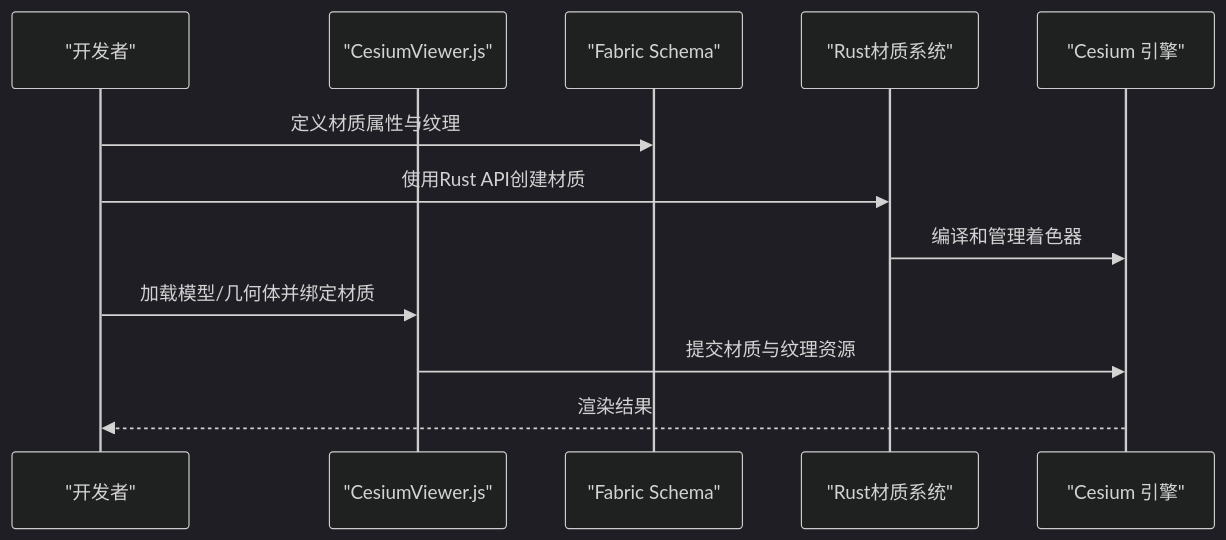
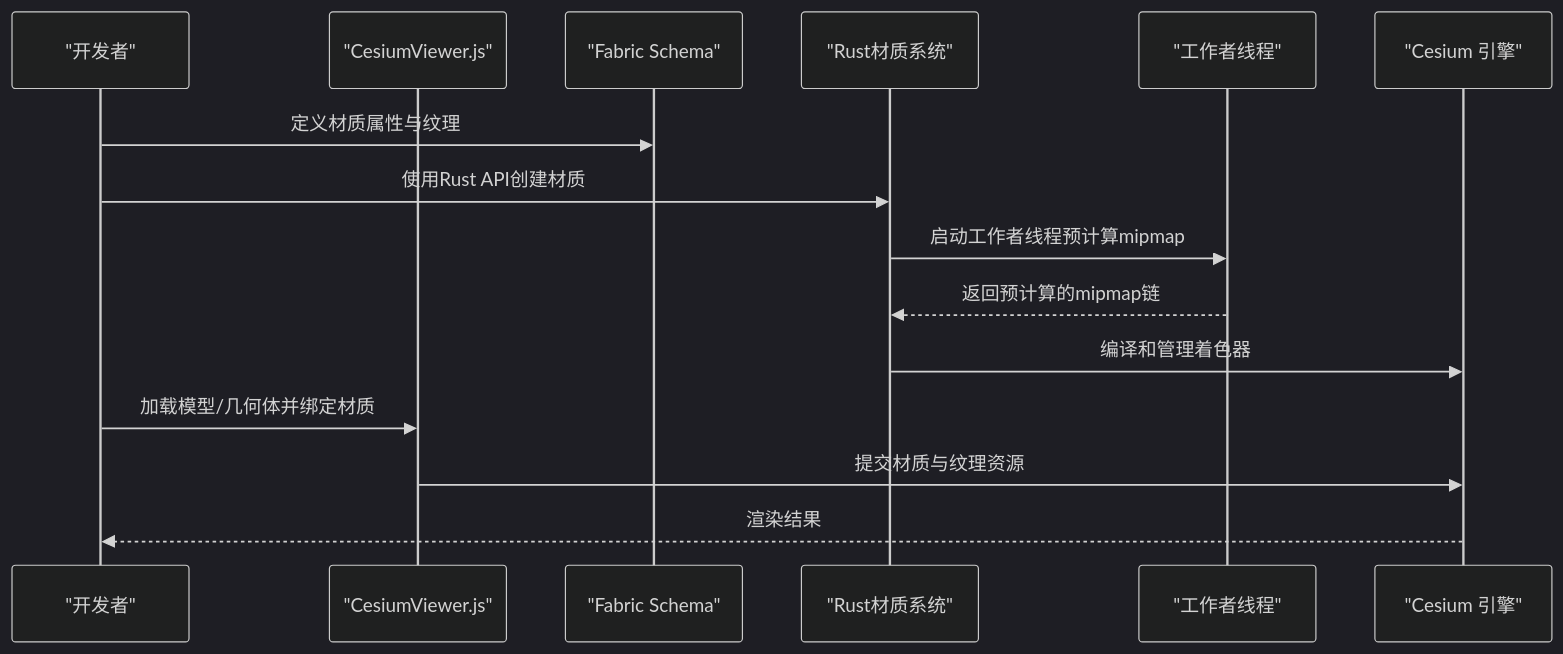
One commit to rzhangjing/cesium changed the tenth of 11 diagrams in .qoder/repowiki/zh/content/项目概述/核心特性/3D渲染引擎/材质与纹理系统.md. Above: the diagram before and after it, drawn with Mermaid (dark theme). The commit also changed other lines of this file and 5 other files, not shown here.

````diff
--- a/.qoder/repowiki/zh/content/项目概述/核心特性/3D渲染引擎/材质与纹理系统.md
+++ b/.qoder/repowiki/zh/content/项目概述/核心特性/3D渲染引擎/材质与纹理系统.md
@@ -471,14 +561,17 @@
 ```mermaid
 sequenceDiagram
 participant Dev as "开发者"
 participant App as "CesiumViewer.js"
 participant Schema as "Fabric Schema"
 participant RustMat as "Rust材质系统"
+participant Worker as "工作者线程"
 participant Engine as "Cesium 引擎"
 Dev->>Schema : 定义材质属性与纹理
 Dev->>RustMat : 使用Rust API创建材质
+RustMat->>Worker : 启动工作者线程预计算mipmap
+Worker-->>RustMat : 返回预计算的mipmap链
 RustMat->>Engine : 编译和管理着色器
 Dev->>App : 加载模型/几何体并绑定材质
 App->>Engine : 提交材质与纹理资源
 Engine-->>Dev : 渲染结果
 ```
````
